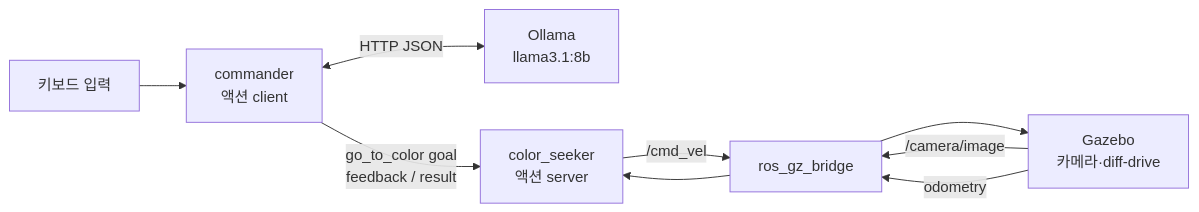
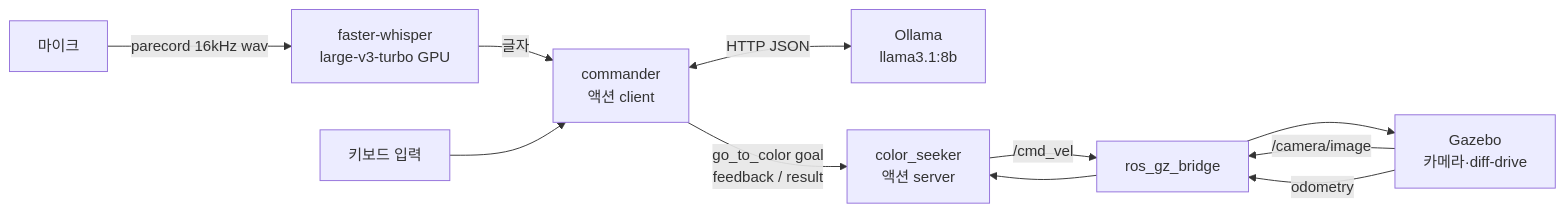
One commit to pleaseCodemyname/ros2-learning changed the diagram in src/color_seeker/README.md. Above: the diagram before and after it, drawn with Mermaid. The commit also changed other lines of this file and 2 other files, not shown here.

````diff
--- a/src/color_seeker/README.md
+++ b/src/color_seeker/README.md
@@ -20,11 +20,13 @@
 ```mermaid
 flowchart LR
+    M[마이크] -->|parecord 16kHz wav| W[faster-whisper<br/>large-v3-turbo GPU]
+    W -->|글자| C
     U[키보드 입력] --> C[commander<br/>액션 client]
     C <-->|HTTP JSON| L[Ollama<br/>llama3.1:8b]
     C -->|go_to_color goal<br/>feedback / result| S[color_seeker<br/>액션 server]
     G[Gazebo<br/>카메라·diff-drive] -->|/camera/image| B[ros_gz_bridge]
     G -->|odometry| B
     B --> S
     S -->|/cmd_vel| B
     B --> G
 ```
````
